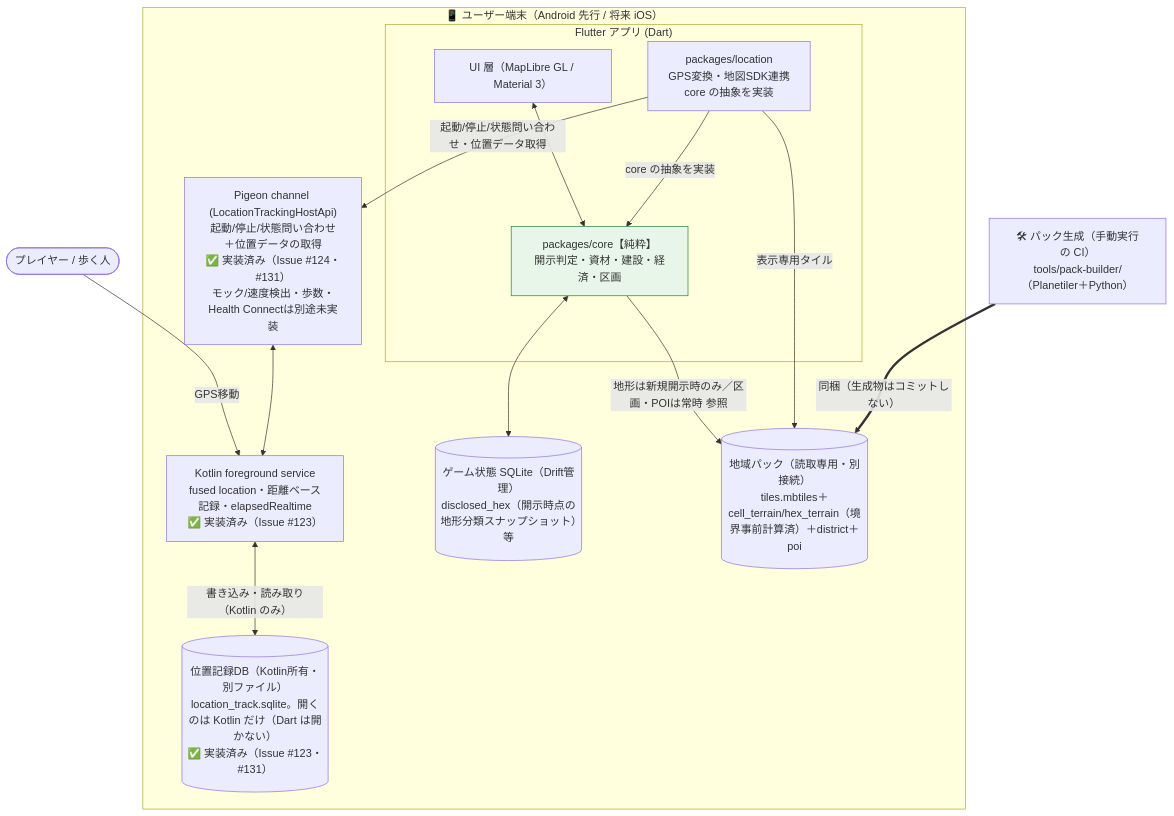
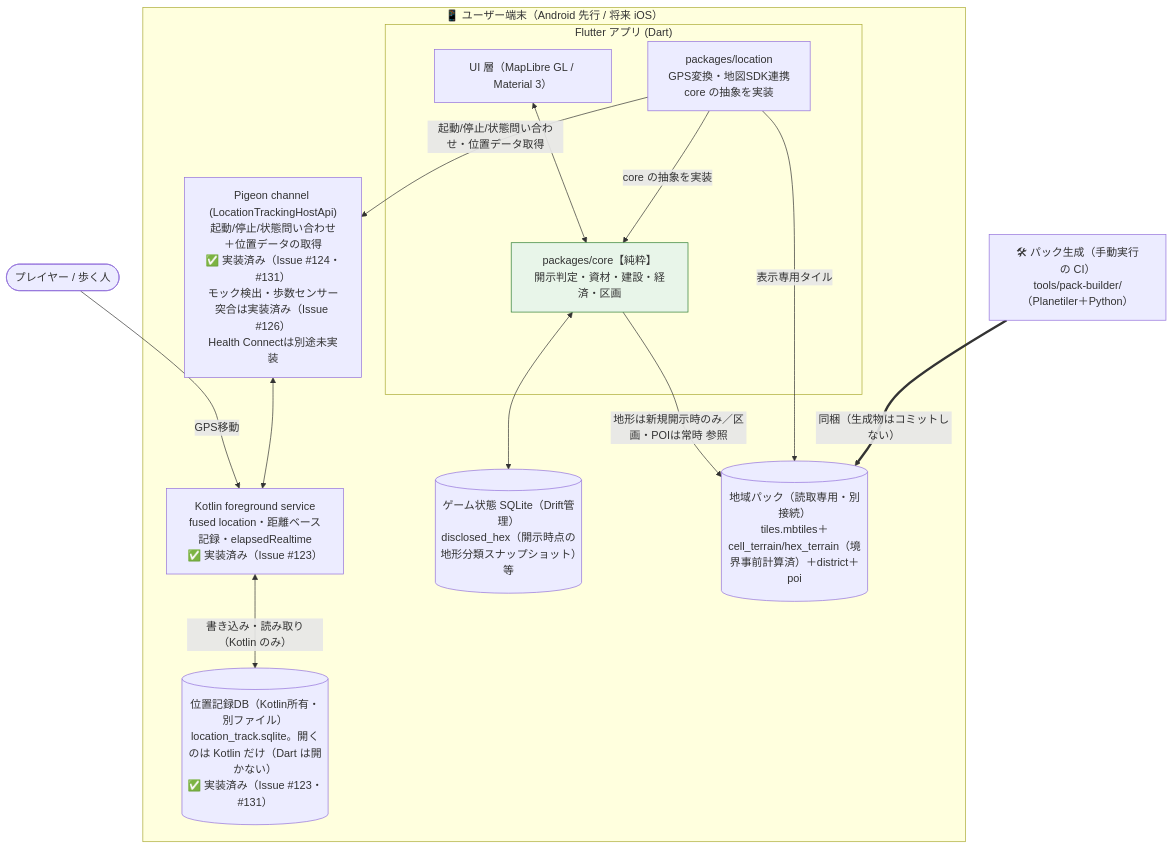
Before and after one commit to rokusoudo-product/terra-town: the diagram in README.md, drawn with Mermaid. The commit also changed other lines of this file and 22 other files, not shown here.

````diff
--- a/README.md
+++ b/README.md
@@ -34,33 +34,33 @@
 ```mermaid
 flowchart TB
     user([プレイヤー / 歩く人])
 
     subgraph device["📱 ユーザー端末（Android 先行 / 将来 iOS）"]
         subgraph flutter["Flutter アプリ (Dart)"]
             ui["UI 層（MapLibre GL / Material 3）"]
             core["packages/core【純粋】<br/>開示判定・資材・建設・経済・区画"]
             loc["packages/location<br/>GPS変換・地図SDK連携<br/>core の抽象を実装"]
         end
         fg["Kotlin foreground service<br/>fused location・距離ベース記録・elapsedRealtime<br/>✅ 実装済み（Issue #123）"]
-        pigeon["Pigeon channel (LocationTrackingHostApi)<br/>起動/停止/状態問い合わせ＋位置データの取得<br/>✅ 実装済み（Issue #124・#131）<br/>モック/速度検出・歩数・Health Connectは別途未実装"]
+        pigeon["Pigeon channel (LocationTrackingHostApi)<br/>起動/停止/状態問い合わせ＋位置データの取得<br/>✅ 実装済み（Issue #124・#131）<br/>モック検出・歩数センサー突合は実装済み（Issue #126）<br/>Health Connectは別途未実装"]
         gamedb[("ゲーム状態 SQLite（Drift管理）<br/>disclosed_hex（開示時点の地形分類スナップショット）等")]
         trackdb[("位置記録DB（Kotlin所有・別ファイル）<br/>location_track.sqlite。開くのは Kotlin だけ（Dart は開かない）<br/>✅ 実装済み（Issue #123・#131）")]
         pack[("地域パック（読取専用・別接続）<br/>tiles.mbtiles＋cell_terrain/hex_terrain（境界事前計算済）＋district＋poi")]
     end
 
     ci["🛠 パック生成（手動実行の CI）<br/>tools/pack-builder/（Planetiler＋Python）"]
 
     user -->|GPS移動| fg
     fg <-->|書き込み・読み取り（Kotlin のみ）| trackdb
     loc -->|起動/停止/状態問い合わせ・位置データ取得| pigeon
     pigeon <--> fg
     ui <--> core
     loc -->|core の抽象を実装| core
     core <--> gamedb
     core -->|地形は新規開示時のみ／区画・POIは常時 参照| pack
     loc -->|表示専用タイル| pack
     ci ==>|同梱（生成物はコミットしない）| pack
 
     classDef pure fill:#e8f5e9,stroke:#2e7d32;
     class core pure
 ```
````
